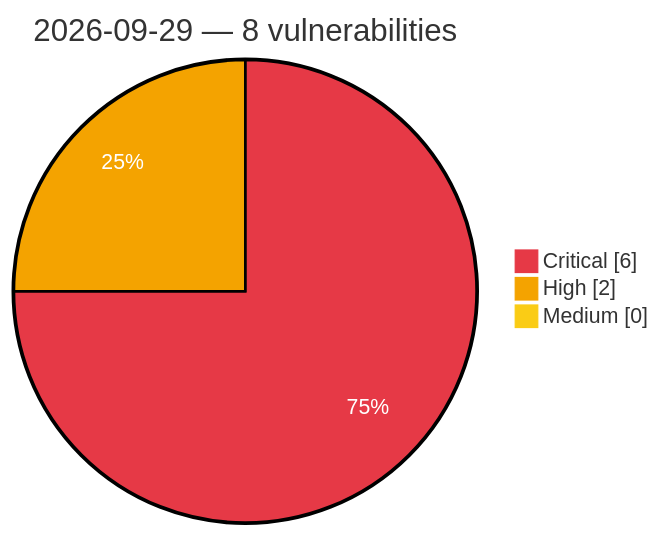
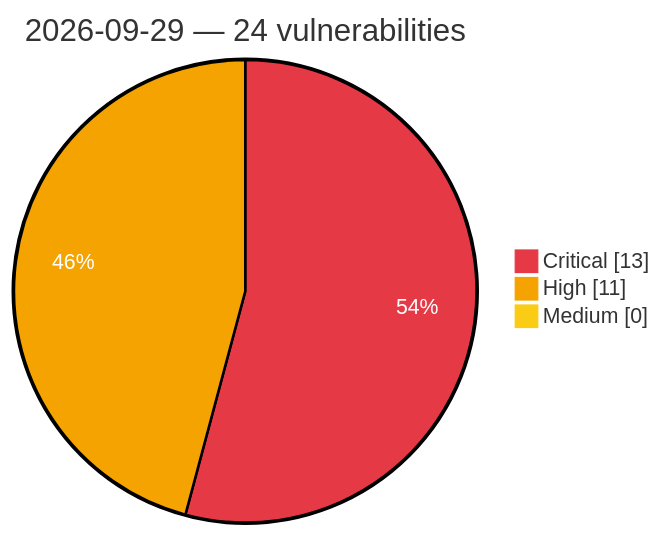
The diagram in vulnerabilities/2026/September/2026-09-29.md (GhostX0X/vuln-tracker), drawn with Mermaid before and after one commit. The commit also changed other lines of this file and 5 other files, not shown here.

Commit message:
Auto update: critical/high vulns (2026-09-29 12:58 UTC)

````diff
--- a/vulnerabilities/2026/September/2026-09-29.md
+++ b/vulnerabilities/2026/September/2026-09-29.md
@@ -3,8 +3,8 @@
 ```mermaid
 %%{init: {'theme':'base', 'themeVariables': {'pie1':'#e63946', 'pie2':'#f4a300', 'pie3':'#facc15', 'pieOpacity':'1', 'pieOuterStrokeWidth':'2px', 'pieSectionTextColor':'#ffffff'}}}%%
 pie showData
-    title 2026-09-29 — 8 vulnerabilities
-    "Critical" : 6
-    "High" : 2
+    title 2026-09-29 — 24 vulnerabilities
+    "Critical" : 13
+    "High" : 11
     "Medium" : 0
 ```
````
